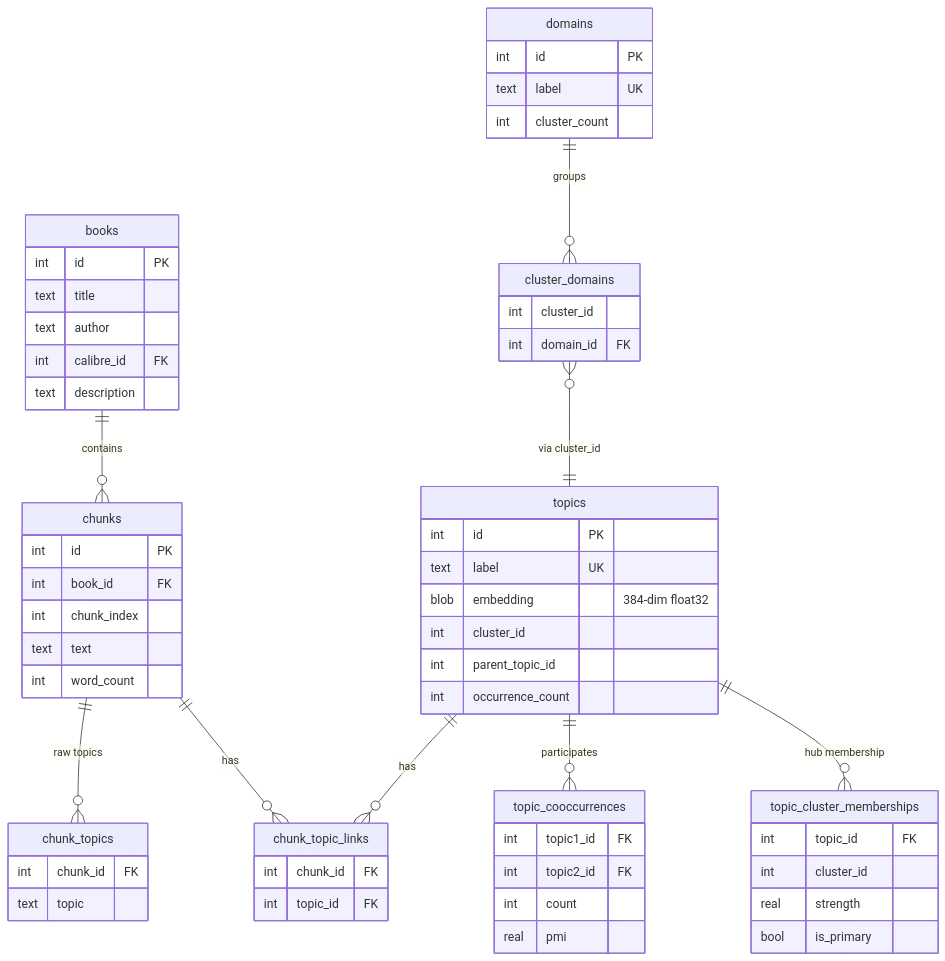
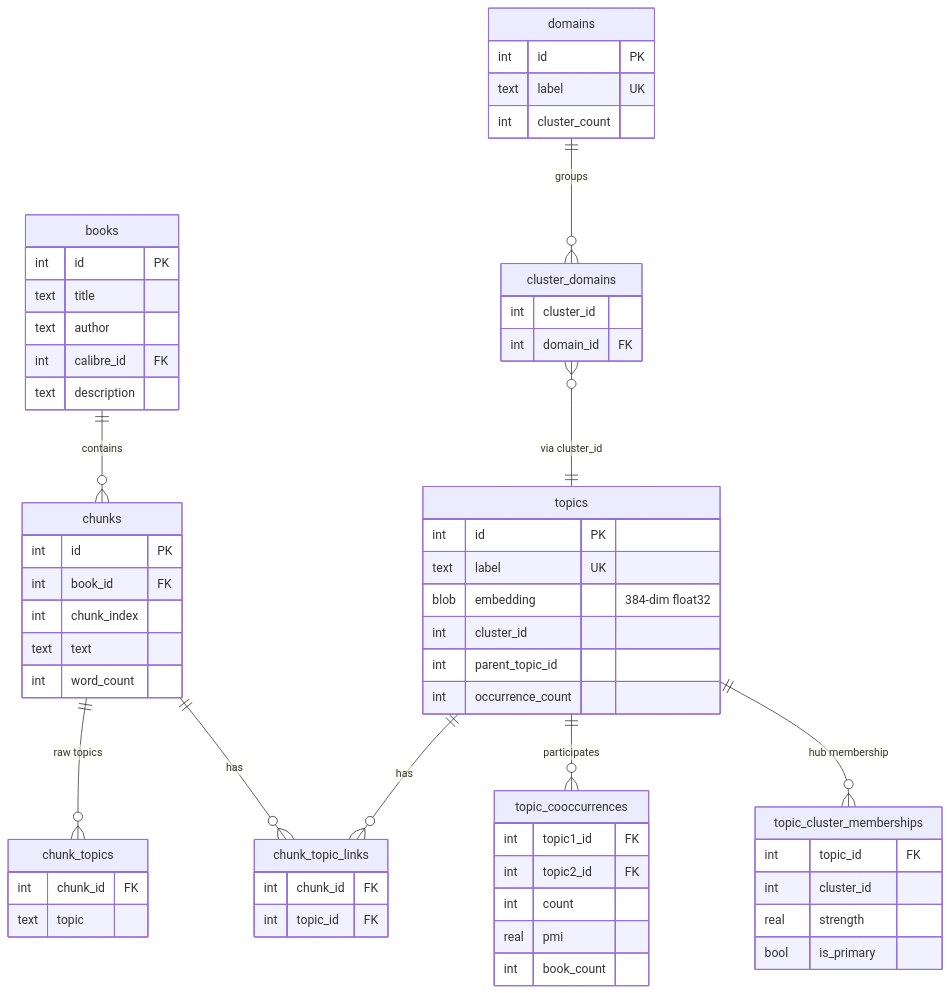
One commit to seaberger/libtrails changed the fifth of 5 diagrams in README.md. Above: the diagram before and after it, drawn with Mermaid. The commit also changed other lines of this file and 2 other files, not shown here.

````diff
--- a/README.md
+++ b/README.md
@@ -341,63 +359,64 @@
 ```mermaid
 erDiagram
     books ||--o{ chunks : contains
     chunks ||--o{ chunk_topics : "raw topics"
     chunks ||--o{ chunk_topic_links : has
     topics ||--o{ chunk_topic_links : has
     topics ||--o{ topic_cooccurrences : participates
     topics ||--o{ topic_cluster_memberships : "hub membership"
     domains ||--o{ cluster_domains : groups
     cluster_domains }o--|| topics : "via cluster_id"
 
     books {
         int id PK
         text title
         text author
         int calibre_id FK
         text description
     }
     chunks {
         int id PK
         int book_id FK
         int chunk_index
         text text
         int word_count
     }
     chunk_topics {
         int chunk_id FK
         text topic
     }
     topics {
         int id PK
         text label UK
         blob embedding "384-dim float32"
         int cluster_id
         int parent_topic_id
         int occurrence_count
     }
     chunk_topic_links {
         int chunk_id FK
         int topic_id FK
     }
     topic_cooccurrences {
         int topic1_id FK
         int topic2_id FK
         int count
         real pmi
+        int book_count
     }
     topic_cluster_memberships {
         int topic_id FK
         int cluster_id
         real strength
         bool is_primary
     }
     domains {
         int id PK
         text label UK
         int cluster_count
     }
     cluster_domains {
         int cluster_id
         int domain_id FK
     }
 ```
````
